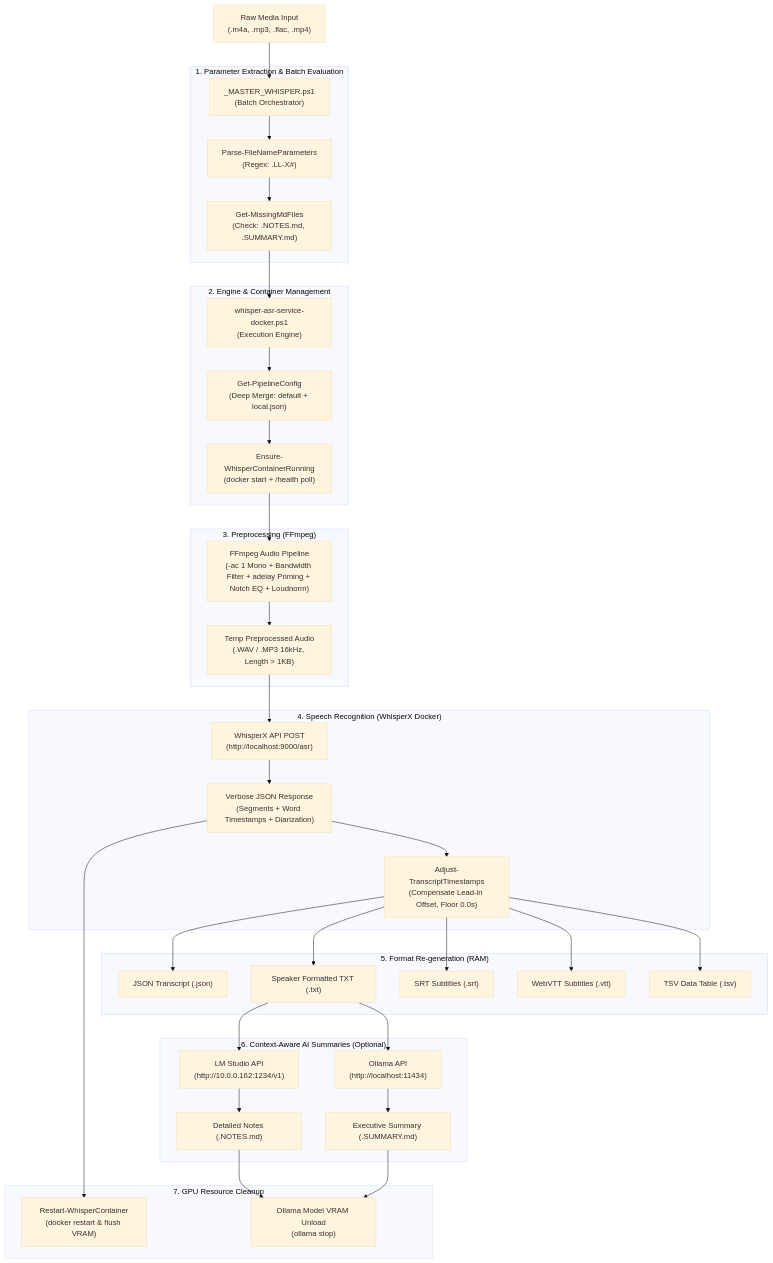
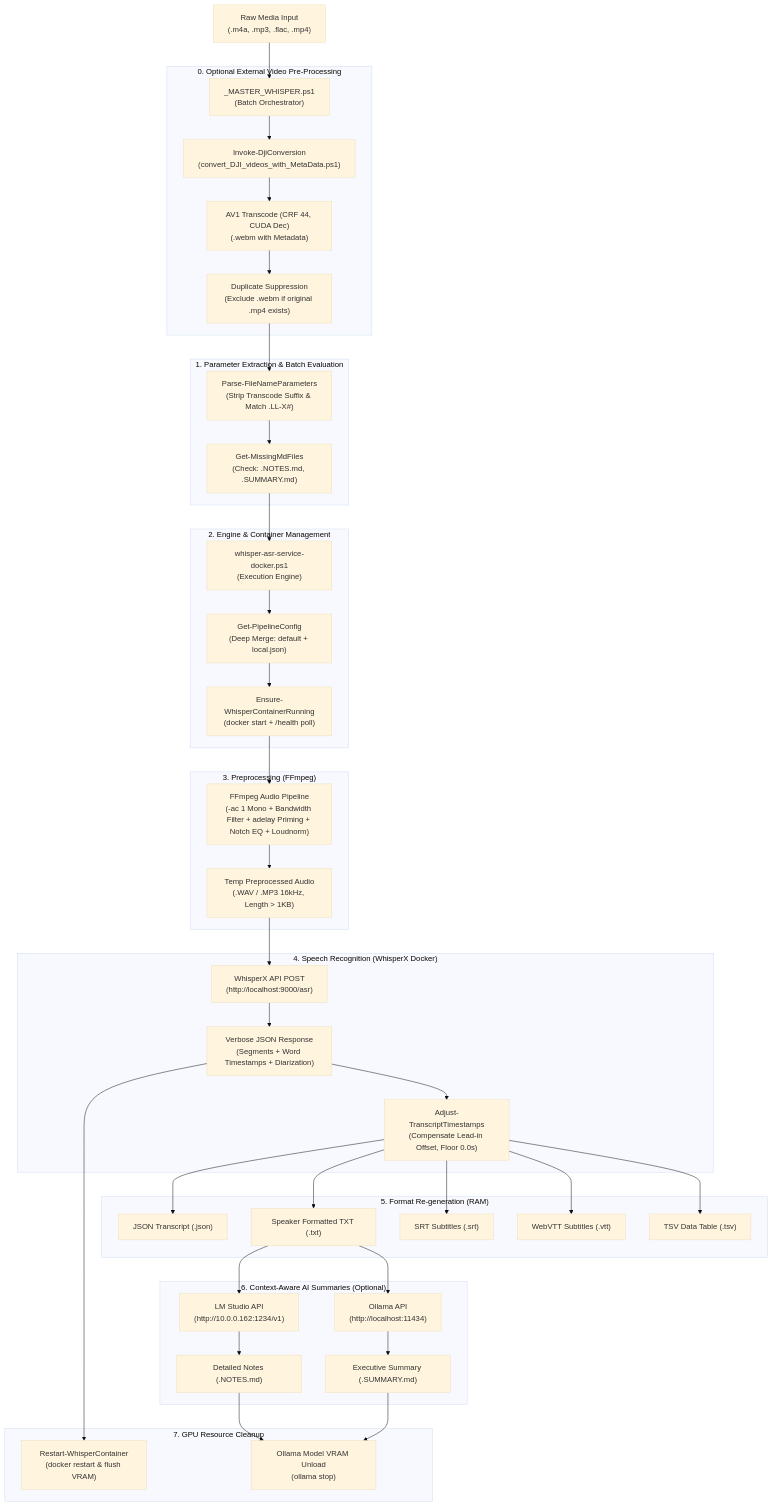
One commit to dataquo/whisper-llm-notes changed the first of 3 diagrams in docs/ARCHITECTURE.md. Above: the diagram before and after it, drawn with Mermaid (base theme). The commit also changed other lines of this file and 9 other files, not shown here.

First line of the commit message:
[v06.06] feat(orchestrator): add DJI video pre-processing and duplicate suppression

````diff
--- a/docs/ARCHITECTURE.md
+++ b/docs/ARCHITECTURE.md
@@ -11,46 +11,52 @@
 ```mermaid
 flowchart TD
     A["Raw Media Input\n(.m4a, .mp3, .flac, .mp4)"] --> B["_MASTER_WHISPER.ps1\n(Batch Orchestrator)"]
     
+    subgraph VideoPreProcessing["0. Optional External Video Pre-Processing"]
+        B --> B1["Invoke-DjiConversion\n(convert_DJI_videos_with_MetaData.ps1)"]
+        B1 --> B2["AV1 Transcode (CRF 44, CUDA Dec)\n(.webm with Metadata)"]
+        B2 --> B3["Duplicate Suppression\n(Exclude .webm if original .mp4 exists)"]
+    end
+
     subgraph ParameterExtraction["1. Parameter Extraction & Batch Evaluation"]
-        B --> C["Parse-FileNameParameters\n(Regex: .LL-X#)"]
+        B3 --> C["Parse-FileNameParameters\n(Strip Transcode Suffix & Match .LL-X#)"]
         C --> D["Get-MissingMdFiles\n(Check: .NOTES.md, .SUMMARY.md)"]
     end
     
     subgraph EngineLifecycle["2. Engine & Container Management"]
         D --> E["whisper-asr-service-docker.ps1\n(Execution Engine)"]
         E --> F["Get-PipelineConfig\n(Deep Merge: default + local.json)"]
         F --> G["Ensure-WhisperContainerRunning\n(docker start + /health poll)"]
     end
 
     subgraph AudioPreprocessing["3. Preprocessing (FFmpeg)"]
         G --> H["FFmpeg Audio Pipeline\n(-ac 1 Mono + Bandwidth Filter + adelay Priming + Notch EQ + Loudnorm)"]
         H --> I["Temp Preprocessed Audio\n(.WAV / .MP3 16kHz, Length > 1KB)"]
     end
     
     subgraph ASRTranscription["4. Speech Recognition (WhisperX Docker)"]
         I --> J["WhisperX API POST\n(http://localhost:9000/asr)"]
         J --> K["Verbose JSON Response\n(Segments + Word Timestamps + Diarization)"]
         K --> K2["Adjust-TranscriptTimestamps\n(Compensate Lead-in Offset, Floor 0.0s)"]
     end
 
     subgraph MultiFormatGeneration["5. Format Re-generation (RAM)"]
         K2 --> L["JSON Transcript (.json)"]
         K2 --> M["Speaker Formatted TXT (.txt)"]
         K2 --> N["SRT Subtitles (.srt)"]
         K2 --> O["WebVTT Subtitles (.vtt)"]
         K2 --> P["TSV Data Table (.tsv)"]
     end
 
     subgraph AISummarization["6. Context-Aware AI Summaries (Optional)"]
         M --> Q["LM Studio API\n(http://10.0.0.162:1234/v1)"]
         Q --> R["Detailed Notes (.NOTES.md)"]
         M --> S["Ollama API\n(http://localhost:11434)"]
         S --> T["Executive Summary (.SUMMARY.md)"]
     end
 
     subgraph ResourceOptimization["7. GPU Resource Cleanup"]
         K --> U["Restart-WhisperContainer\n(docker restart & flush VRAM)"]
         R & T --> V["Ollama Model VRAM Unload\n(ollama stop)"]
     end
 ```
````
